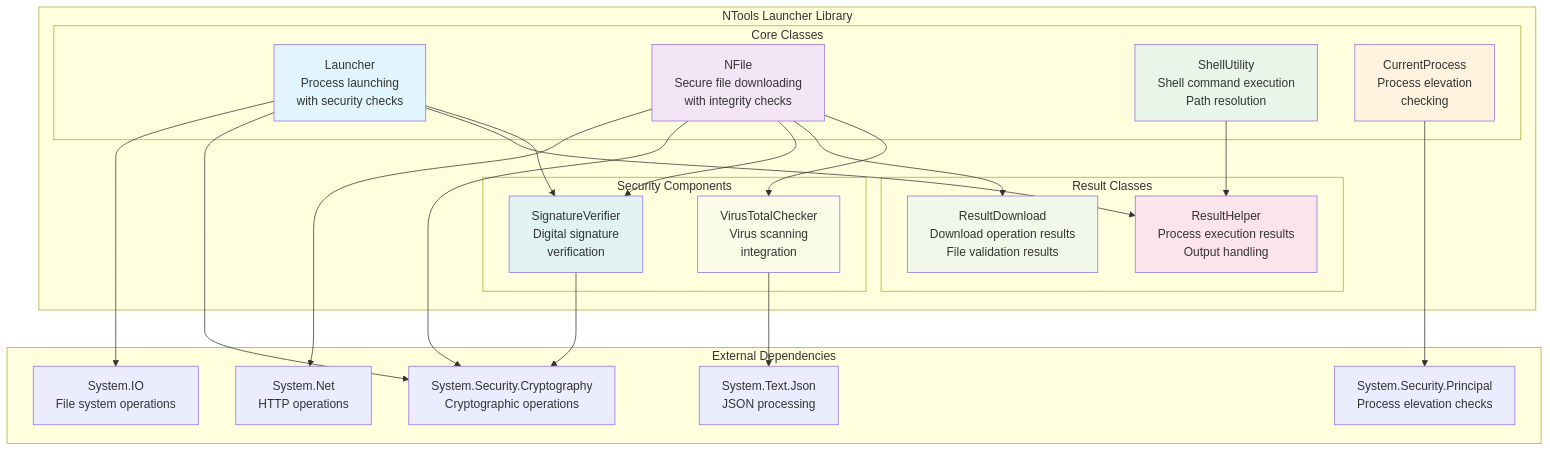
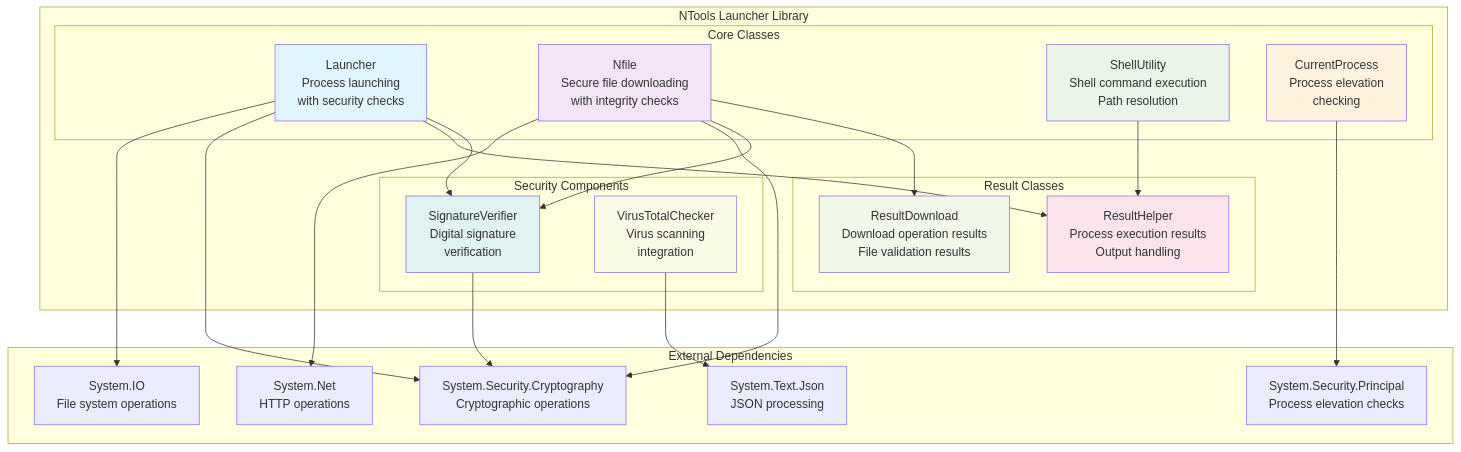
The diagram in docs/architecture.md (naz-hage/ntools-launcher), drawn with Mermaid before and after one commit. The commit also changed other lines of this file and 37 other files, not shown here.

First line of the commit message:
36:  Add YAML-based launcher design and schema documentation (#42)

````diff
--- a/docs/architecture.md
+++ b/docs/architecture.md
@@ -5,53 +5,52 @@
 ```mermaid
 graph TB
     subgraph "NTools Launcher Library"
         subgraph "Core Classes"
             L[Launcher<br/>Process launching<br/>with security checks]
-            NF[NFile<br/>Secure file downloading<br/>with integrity checks]
+            NF[Nfile<br/>Secure file downloading<br/>with integrity checks]
             SU[ShellUtility<br/>Shell command execution<br/>Path resolution]
             CP[CurrentProcess<br/>Process elevation<br/>checking]
         end
 
         subgraph "Result Classes"
             RH[ResultHelper<br/>Process execution results<br/>Output handling]
             RD[ResultDownload<br/>Download operation results<br/>File validation results]
         end
 
         subgraph "Security Components"
             SV[SignatureVerifier<br/>Digital signature<br/>verification]
             VT[VirusTotalChecker<br/>Virus scanning<br/>integration]
         end
     end
 
     subgraph "External Dependencies"
         SC[System.Security.Cryptography<br/>Cryptographic operations]
         SP[System.Security.Principal<br/>Process elevation checks]
         SJ[System.Text.Json<br/>JSON processing]
         NP[System.Net<br/>HTTP operations]
         IO[System.IO<br/>File system operations]
     end
 
     L --> SV
     L --> RH
-    NF --> VT
     NF --> RD
     NF --> SV
     SU --> RH
 
     L --> SC
     NF --> SC
     SV --> SC
     VT --> SJ
     NF --> NP
     L --> IO
     CP --> SP
 
     style L fill:#e1f5fe
     style NF fill:#f3e5f5
     style SU fill:#e8f5e8
     style CP fill:#fff3e0
     style RH fill:#fce4ec
     style RD fill:#f1f8e9
     style SV fill:#e0f2f1
     style VT fill:#f9fbe7
 ```
````
